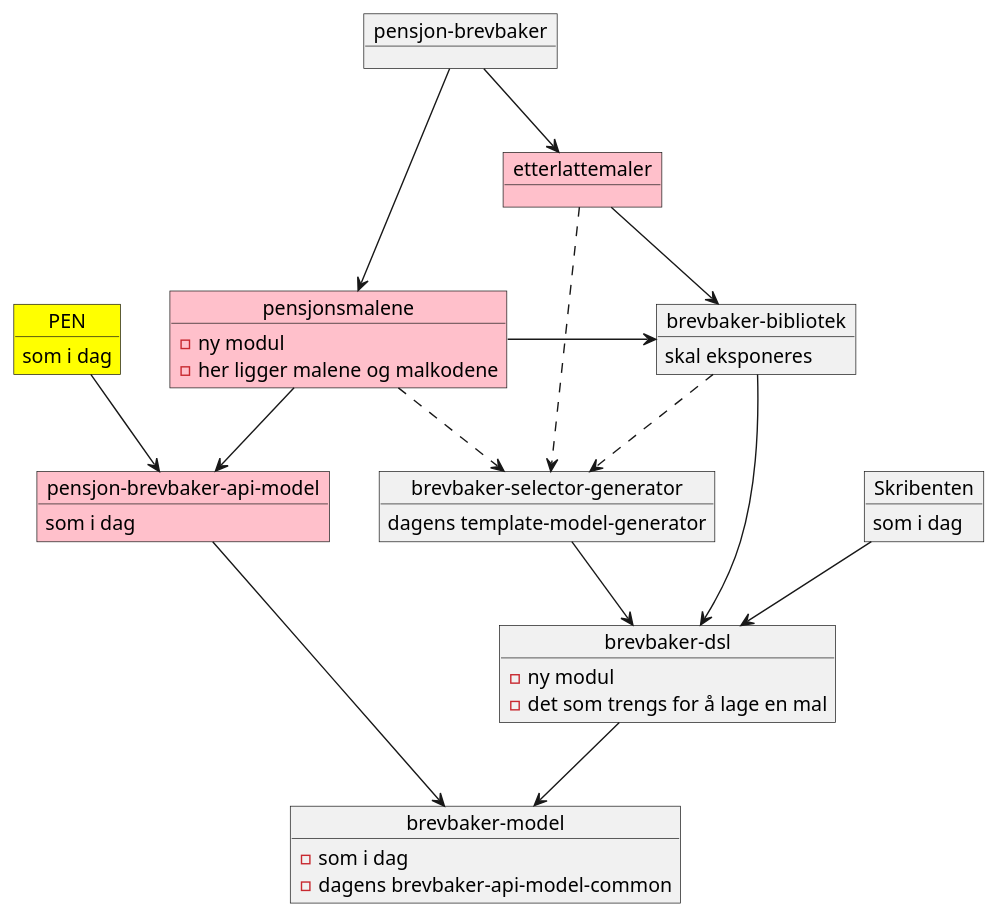
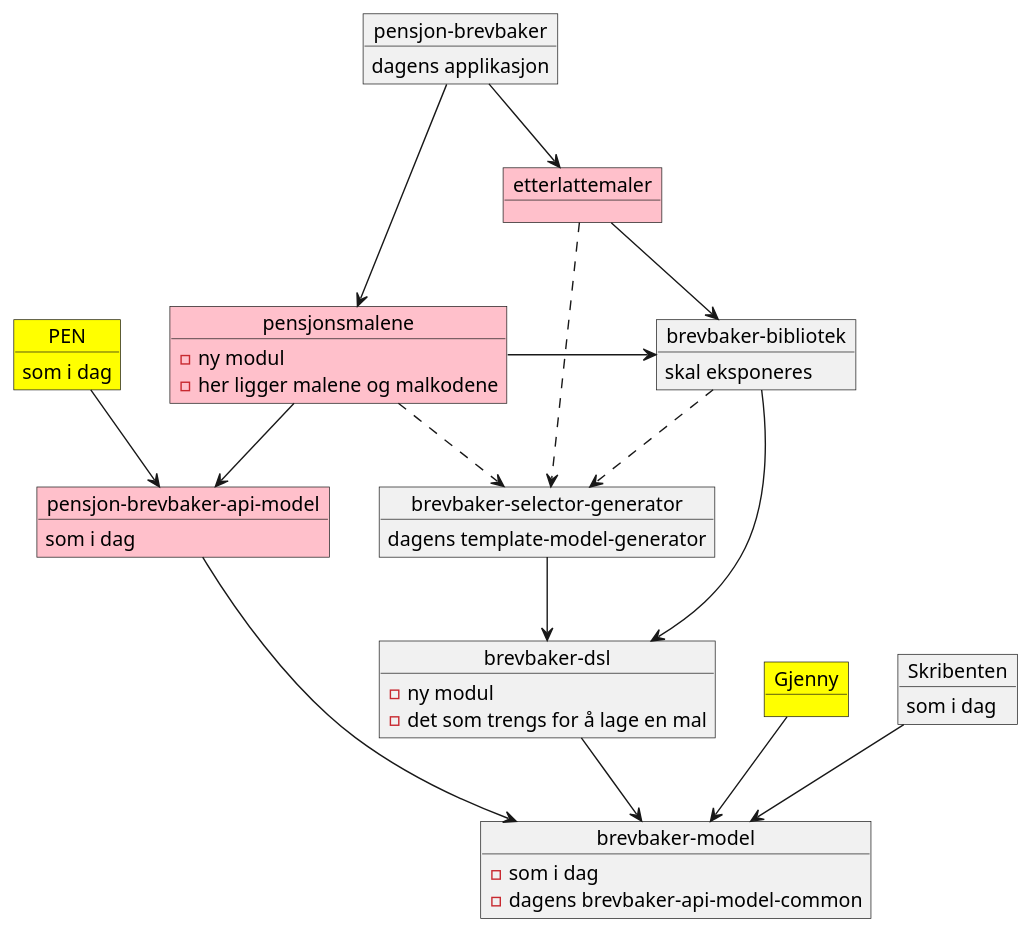
One commit to navikt/pensjonsbrev changed the diagram in docs/moduldiagram.puml. Above: the diagram before and after it, drawn with PlantUML. The commit also changed 42 other files, not shown here.

```diff
--- a/docs/moduldiagram.puml
+++ b/docs/moduldiagram.puml
@@ -1,51 +1,55 @@
 @startuml
 
 object "pensjon-brevbaker" as brevbaker
+brevbaker : dagens applikasjon
+
 object pensjonsmalene #pink
 pensjonsmalene : - ny modul
 pensjonsmalene : - her ligger malene og malkodene
 
 object "etterlattemaler" as etterlatte #pink
 
 object "pensjon-brevbaker-api-model" as apimodel #pink
 apimodel : som i dag
 
 object "brevbaker-dsl" as dsl
 dsl : - ny modul
 dsl : - det som trengs for å lage en mal
 
 object "brevbaker-bibliotek" as bibliotek
 bibliotek : skal eksponeres
 
+object Gjenny #yellow
 
 object "brevbaker-model" as modelcommon
 modelcommon : - som i dag
 modelcommon : - dagens brevbaker-api-model-common
 
 object "brevbaker-selector-generator" as tmg
 tmg : dagens template-model-generator
 
 object PEN #yellow
 PEN : som i dag
 
 object Skribenten
 Skribenten : som i dag
 
 bibliotek --> dsl
 brevbaker --> pensjonsmalene
 brevbaker --> etterlatte
 pensjonsmalene --> apimodel
 pensjonsmalene -> bibliotek
 etterlatte --> bibliotek
 apimodel --> modelcommon
 dsl --> modelcommon
 tmg --> dsl
 etterlatte ..> tmg
 pensjonsmalene ..> tmg
 bibliotek ..> tmg
 
 PEN --> apimodel
+Gjenny --> modelcommon
 
-Skribenten --> dsl
+Skribenten --> modelcommon
 
 @enduml
```
